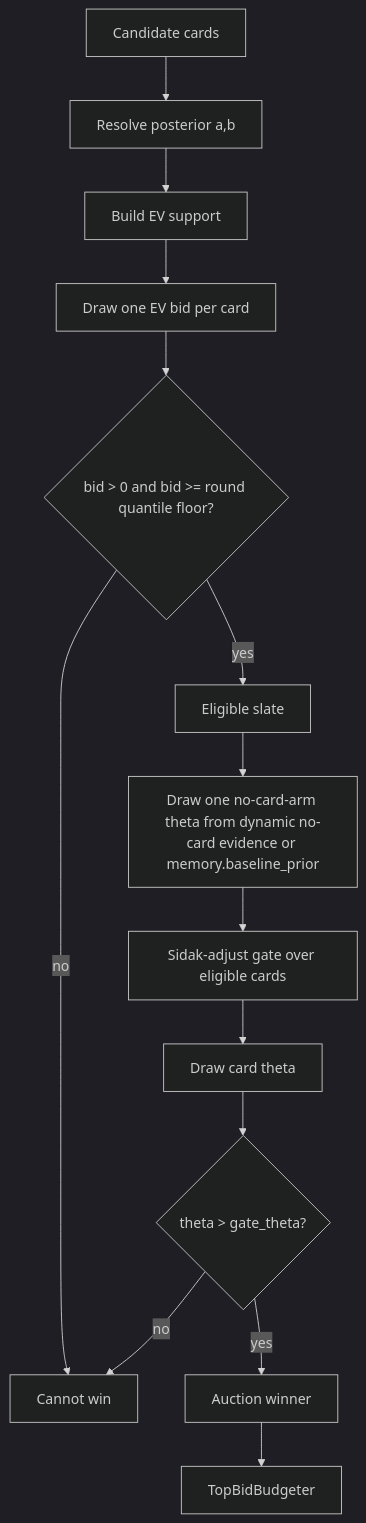
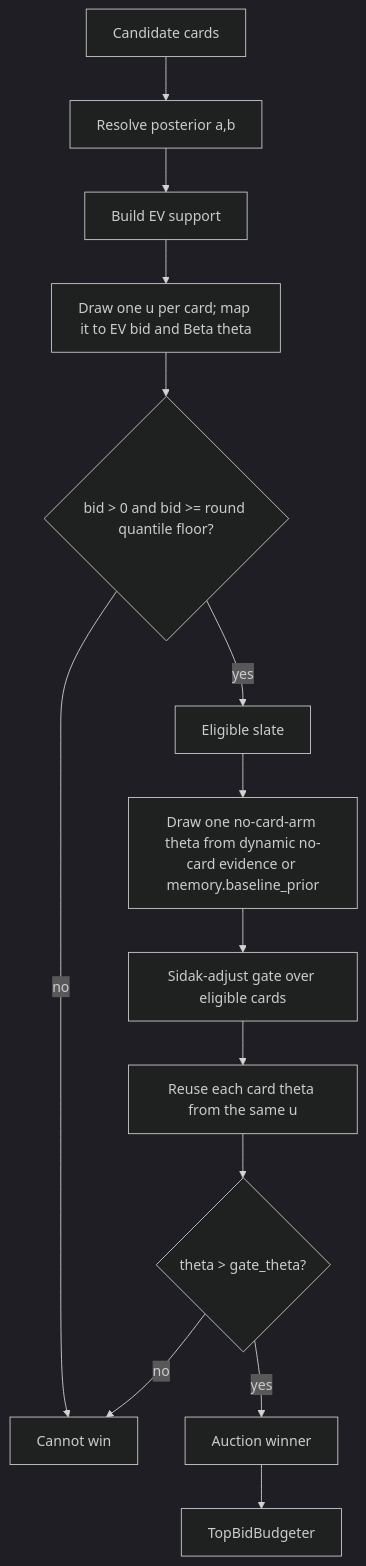
The ninth of 9 diagrams in docs/MEMORY_LIFECYCLE_TUTORIAL.md (FusionBrainLab/gigaevo-core), drawn with Mermaid (dark theme) before and after one commit. The commit also changed other lines of this file and 129 other files, not shown here.

````diff
--- a/docs/MEMORY_LIFECYCLE_TUTORIAL.md
+++ b/docs/MEMORY_LIFECYCLE_TUTORIAL.md
@@ -932,16 +1027,16 @@
 ```mermaid
 flowchart TD
     A[Candidate cards] --> B[Resolve posterior a,b]
     B --> C[Build EV support]
-    C --> D[Draw one EV bid per card]
+    C --> D[Draw one u per card; map it to EV bid and Beta theta]
     D --> E{bid > 0 and bid >= round quantile floor?}
     E -->|no| Reject[Cannot win]
     E -->|yes| F[Eligible slate]
     F --> G[Draw one no-card-arm theta from dynamic no-card evidence or memory.baseline_prior]
     G --> H[Sidak-adjust gate over eligible cards]
-    H --> I[Draw card theta]
+    H --> I[Reuse each card theta from the same u]
     I --> J{theta > gate_theta?}
     J -->|yes| Win[Auction winner]
     J -->|no| Reject
     Win --> K[TopBidBudgeter]
 ```
````
